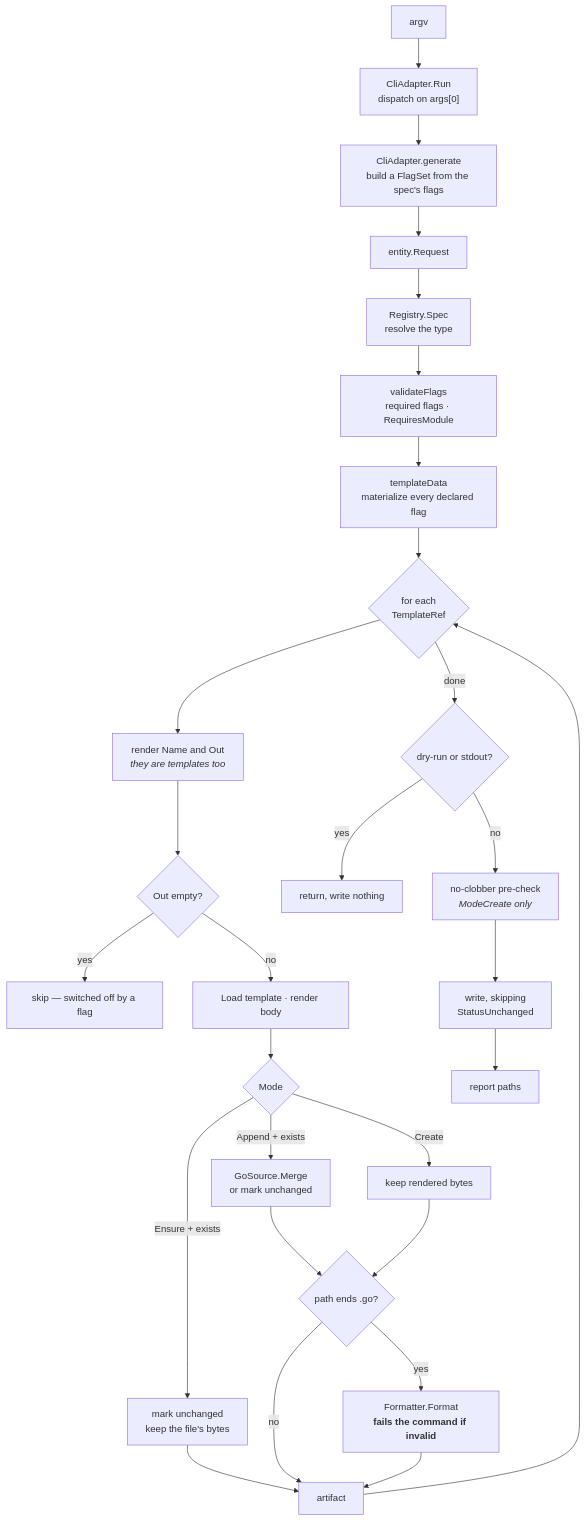
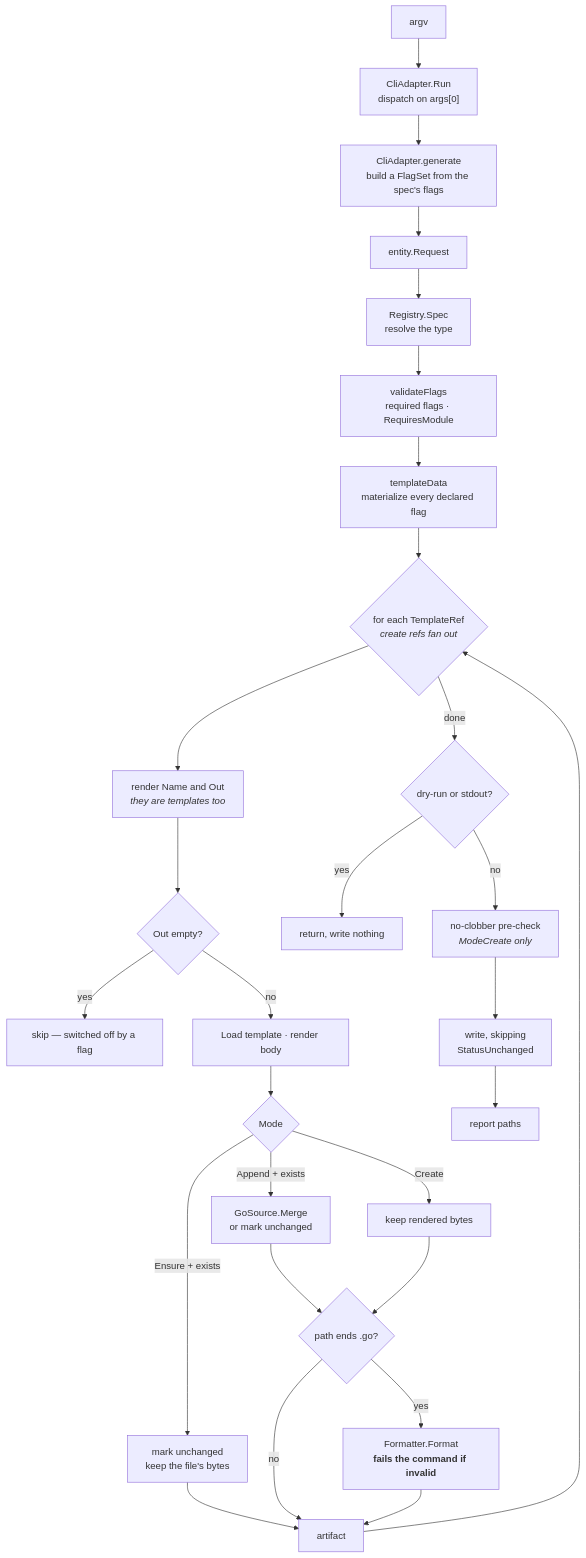
The diagram in docs/pipeline.md (nxdir-s/gopher), drawn with Mermaid before and after one commit. The commit also changed other lines of this file and 25 other files, not shown here.

````diff
--- a/docs/pipeline.md
+++ b/docs/pipeline.md
@@ -6,32 +7,32 @@
 ```mermaid
 flowchart TD
     A["argv"] --> B["CliAdapter.Run<br/>dispatch on args[0]"]
     B --> C["CliAdapter.generate<br/>build a FlagSet from the spec's flags"]
     C --> D["entity.Request"]
     D --> E["Registry.Spec<br/>resolve the type"]
     E --> F["validateFlags<br/>required flags · RequiresModule"]
     F --> G["templateData<br/>materialize every declared flag"]
-    G --> H{"for each<br/>TemplateRef"}
+    G --> H{"for each TemplateRef<br/><i>create refs fan out</i>"}
 
     H --> I["render Name and Out<br/><i>they are templates too</i>"]
     I --> J{"Out empty?"}
     J -->|yes| K["skip — switched off by a flag"]
     J -->|no| L["Load template · render body"]
     L --> M{"Mode"}
     M -->|Append + exists| N["GoSource.Merge<br/>or mark unchanged"]
     M -->|Ensure + exists| O["mark unchanged<br/>keep the file's bytes"]
     M -->|Create| P["keep rendered bytes"]
     N --> Q{"path ends .go?"}
     O --> R
     P --> Q
     Q -->|yes| S["Formatter.Format<br/><b>fails the command if invalid</b>"]
     Q -->|no| R["artifact"]
     S --> R
     R --> H
 
     H -->|done| T{"dry-run or stdout?"}
     T -->|yes| U["return, write nothing"]
     T -->|no| V["no-clobber pre-check<br/><i>ModeCreate only</i>"]
     V --> W["write, skipping<br/>StatusUnchanged"]
     W --> X["report paths"]
 ```
````
